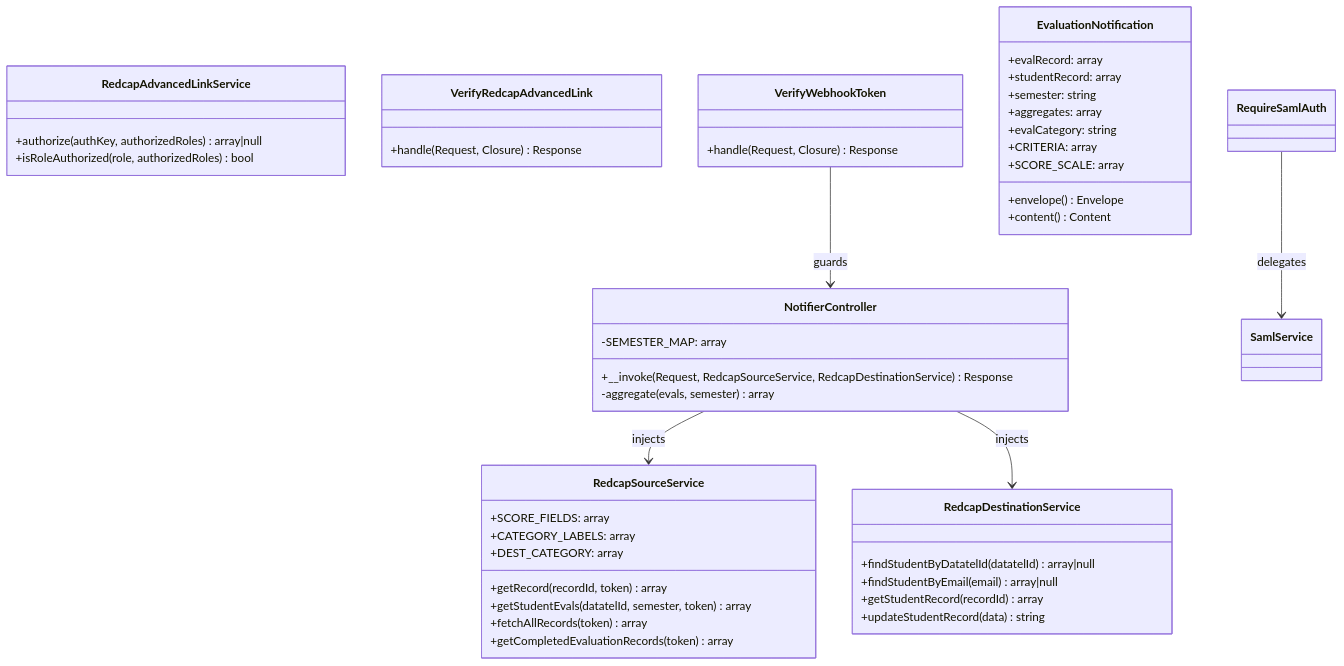
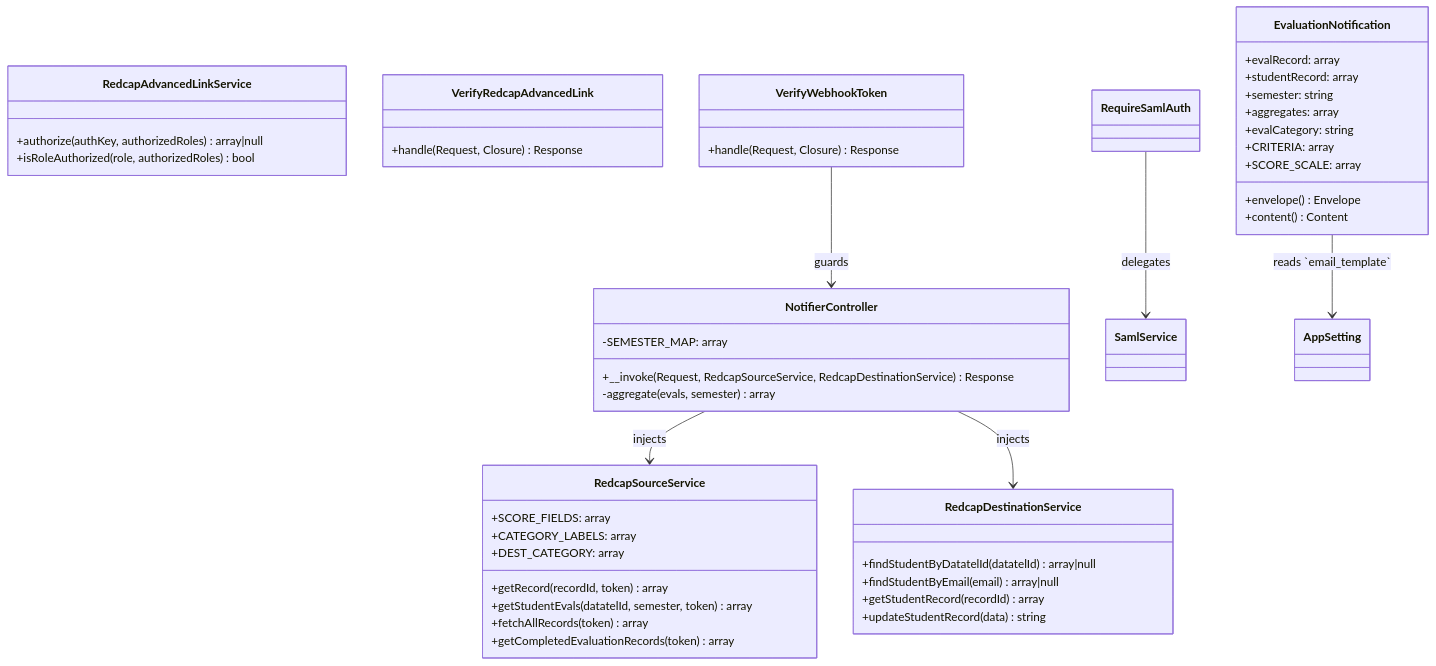
The third of 7 diagrams in Docs/architecture.md (com-atg/OMM-SE), drawn with Mermaid before and after one commit. The commit also changed other lines of this file and 38 other files, not shown here.

````diff
--- a/Docs/architecture.md
+++ b/Docs/architecture.md
@@ -71,55 +71,56 @@
 ```mermaid
 classDiagram
     class NotifierController {
         +__invoke(Request, RedcapSourceService, RedcapDestinationService) Response
         -aggregate(evals, semester) array
         -SEMESTER_MAP: array
     }
 
     class RedcapSourceService {
         +getRecord(recordId, token) array
         +getStudentEvals(datatelId, semester, token) array
         +fetchAllRecords(token) array
         +getCompletedEvaluationRecords(token) array
         +SCORE_FIELDS: array
         +CATEGORY_LABELS: array
         +DEST_CATEGORY: array
     }
 
     class RedcapDestinationService {
         +findStudentByDatatelId(datatelId) array|null
         +findStudentByEmail(email) array|null
         +getStudentRecord(recordId) array
         +updateStudentRecord(data) string
     }
 
     class RedcapAdvancedLinkService {
         +authorize(authKey, authorizedRoles) array|null
         +isRoleAuthorized(role, authorizedRoles) bool
     }
 
     class VerifyRedcapAdvancedLink {
         +handle(Request, Closure) Response
     }
 
     class VerifyWebhookToken {
         +handle(Request, Closure) Response
     }
 
     class EvaluationNotification {
         +evalRecord: array
         +studentRecord: array
         +semester: string
         +aggregates: array
         +evalCategory: string
         +CRITERIA: array
         +SCORE_SCALE: array
         +envelope() Envelope
         +content() Content
     }
 
     NotifierController --> RedcapSourceService : injects
     NotifierController --> RedcapDestinationService : injects
     RequireSamlAuth --> SamlService : delegates
     VerifyWebhookToken --> NotifierController : guards
+    EvaluationNotification --> AppSetting : reads `email_template`
 ```
````
